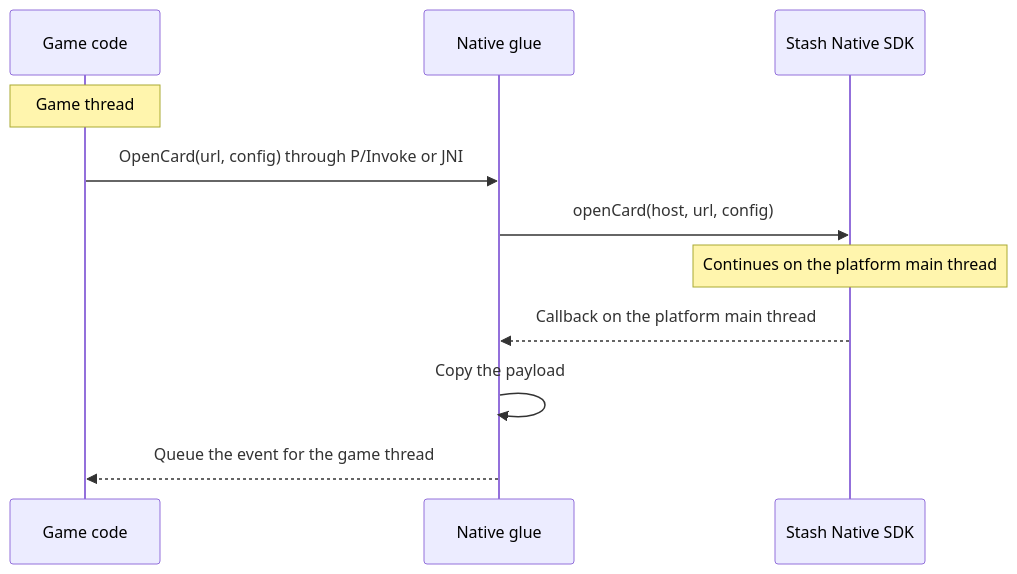
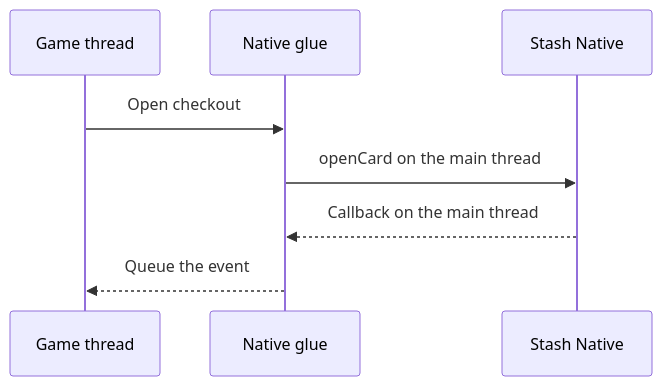
The diagram in docs/architecture/engine-wrappers.md (stashgg/stash-native), drawn with Mermaid before and after one commit. The commit also changed other lines of this file and 6 other files, not shown here.

First line of the commit message:
[docs] Simplify Package Architecture into an overview

````diff
--- a/docs/architecture/engine-wrappers.md
+++ b/docs/architecture/engine-wrappers.md
@@ -12,14 +12,10 @@
 ```mermaid
 sequenceDiagram
-    participant Game as Game code
+    participant Game as Game thread
     participant Glue as Native glue
-    participant SDK as Stash Native SDK
-
-    Note over Game: Game thread
-    Game->>Glue: OpenCard(url, config) through P/Invoke or JNI
-    Glue->>SDK: openCard(host, url, config)
-    Note over SDK: Continues on the platform main thread
-    SDK-->>Glue: Callback on the platform main thread
-    Glue->>Glue: Copy the payload
-    Glue-->>Game: Queue the event for the game thread
+    participant SDK as Stash Native
+    Game->>Glue: Open checkout
+    Glue->>SDK: openCard on the main thread
+    SDK-->>Glue: Callback on the main thread
+    Glue-->>Game: Queue the event
 ```
````
